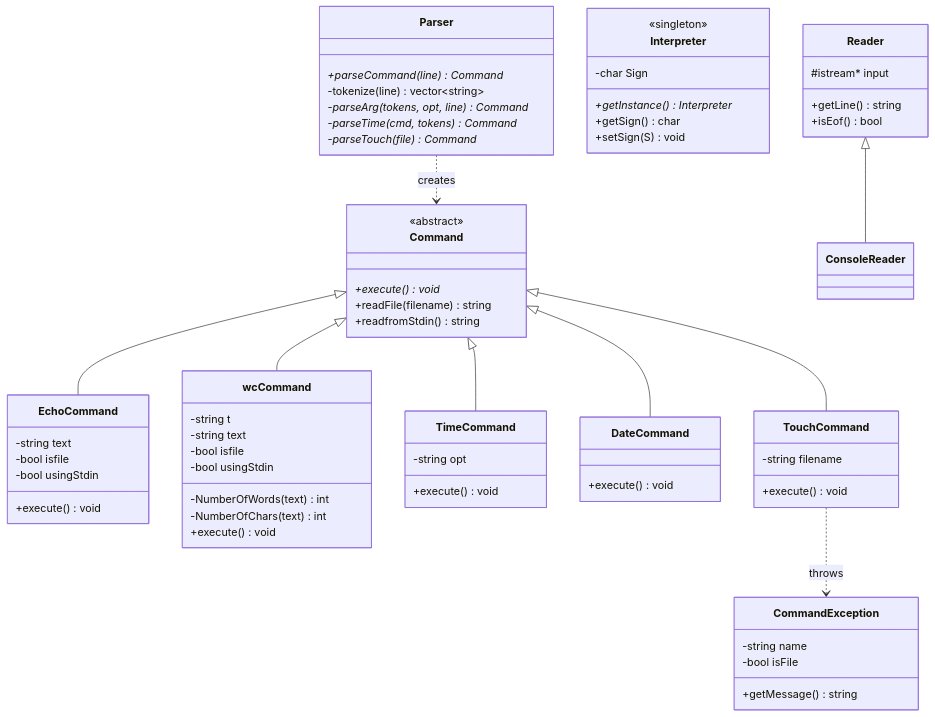
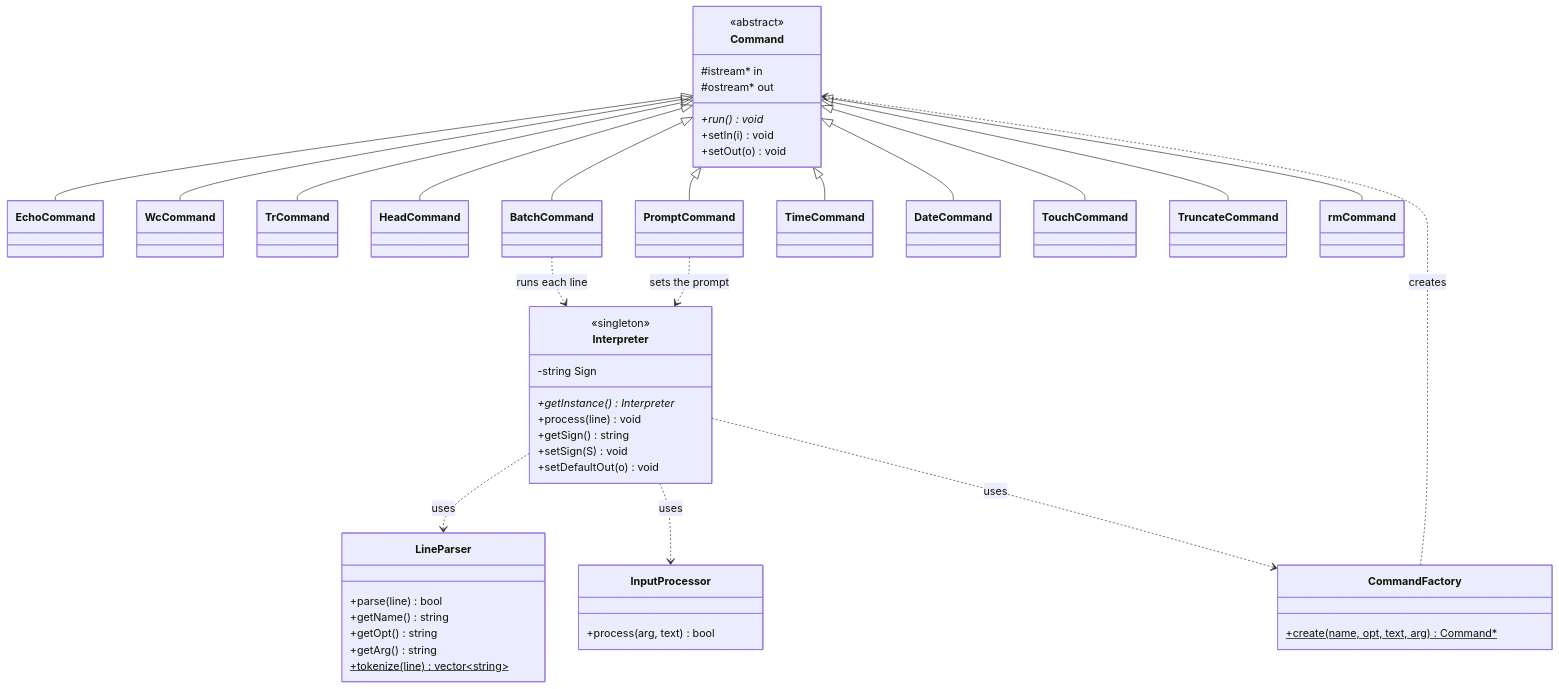
Before and after one commit to zoki8/TerminalProject: the second of 3 diagrams in README.md, drawn with Mermaid. The commit also changed other lines of this file and 40 other files, not shown here.

````diff
--- a/README.md
+++ b/README.md
@@ -160,72 +167,65 @@
 ```mermaid
 classDiagram
     class Command {
         <<abstract>>
-        +execute()* void
-        +readFile(filename) string
-        +readfromStdin() string
+        #istream* in
+        #ostream* out
+        +run()* void
+        +setIn(i) void
+        +setOut(o) void
     }
 
-    class EchoCommand {
-        -string text
-        -bool isfile
-        -bool usingStdin
-        +execute() void
-    }
-    class wcCommand {
-        -string t
-        -string text
-        -bool isfile
-        -bool usingStdin
-        -NumberOfWords(text) int
-        -NumberOfChars(text) int
-        +execute() void
-    }
-    class TimeCommand {
-        -string opt
-        +execute() void
-    }
-    class DateCommand {
-        +execute() void
-    }
-    class TouchCommand {
-        -string filename
-        +execute() void
-    }
+    class EchoCommand
+    class WcCommand
+    class TrCommand
+    class HeadCommand
+    class BatchCommand
+    class PromptCommand
+    class TimeCommand
+    class DateCommand
+    class TouchCommand
+    class TruncateCommand
+    class rmCommand
 
     Command <|-- EchoCommand
-    Command <|-- wcCommand
+    Command <|-- WcCommand
+    Command <|-- TrCommand
+    Command <|-- HeadCommand
+    Command <|-- BatchCommand
+    Command <|-- PromptCommand
     Command <|-- TimeCommand
     Command <|-- DateCommand
     Command <|-- TouchCommand
+    Command <|-- TruncateCommand
+    Command <|-- rmCommand
 
-    class Parser {
-        +parseCommand(line) Command*
-        -tokenize(line) vector~string~
-        -parseArg(tokens, opt, line) Command*
-        -parseTime(cmd, tokens) Command*
-        -parseTouch(file) Command*
-    }
     class Interpreter {
         <<singleton>>
-        -char Sign
+        -string Sign
         +getInstance() Interpreter*
-        +getSign() char
+        +process(line) void
+        +getSign() string
         +setSign(S) void
+        +setDefaultOut(o) void
     }
-    class Reader {
-        #istream* input
-        +getLine() string
-        +isEof() bool
+    class CommandFactory {
+        +create(name, opt, text, arg)$ Command*
     }
-    class ConsoleReader
-    class CommandException {
-        -string name
-        -bool isFile
-        +getMessage() string
+    class LineParser {
+        +parse(line) bool
+        +getName() string
+        +getOpt() string
+        +getArg() string
+        +tokenize(line)$ vector~string~
+    }
+    class InputProcessor {
+        +process(arg, text) bool
     }
 
-    Reader <|-- ConsoleReader
-    Parser ..> Command : creates
-    TouchCommand ..> CommandException : throws
+    Interpreter ..> LineParser : uses
+    Interpreter ..> InputProcessor : uses
+    Interpreter ..> CommandFactory : uses
+    CommandFactory ..> Command : creates
+    BatchCommand ..> Interpreter : runs each line
+    PromptCommand ..> Interpreter : sets the prompt
 ```
````
